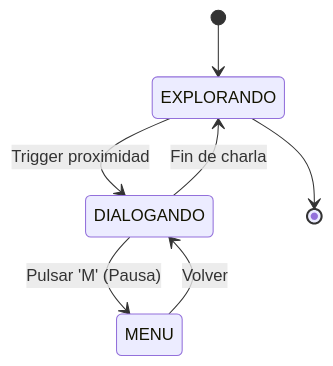
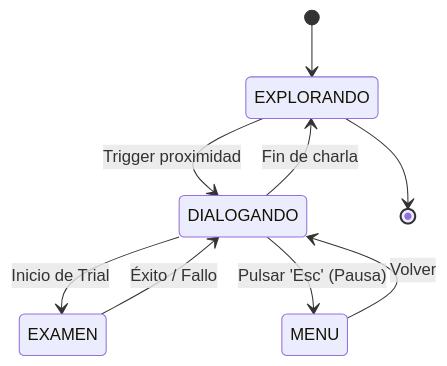
The second of 3 diagrams in README.md (JoseEstevez520/Intentia), drawn with Mermaid before and after one commit. The commit also changed other lines of this file, not shown here.

````diff
--- a/README.md
+++ b/README.md
@@ -48,9 +52,11 @@
 ```mermaid
 stateDiagram-v2
     [*] --> EXPLORANDO
     EXPLORANDO --> DIALOGANDO: Trigger proximidad
-    DIALOGANDO --> MENU: Pulsar 'M' (Pausa)
+    DIALOGANDO --> EXAMEN: Inicio de Trial
+    EXAMEN --> DIALOGANDO: Éxito / Fallo
+    DIALOGANDO --> MENU: Pulsar 'Esc' (Pausa)
     MENU --> DIALOGANDO: Volver
     DIALOGANDO --> EXPLORANDO: Fin de charla
     EXPLORANDO --> [*]
 ```
````
